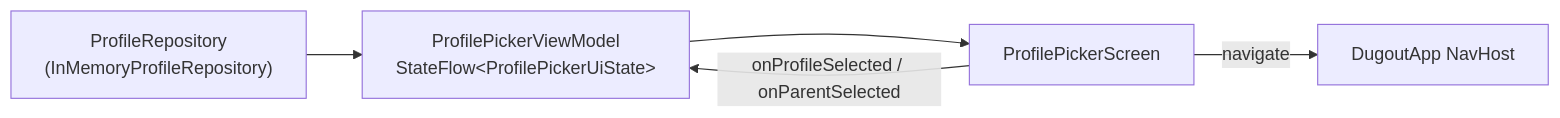
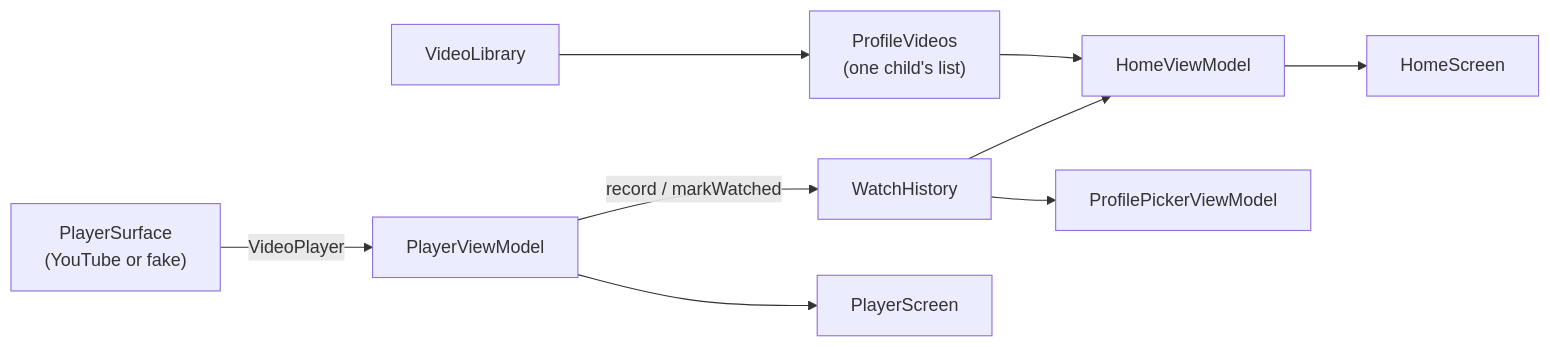
One commit to akeffalas/tv-dugout changed the diagram in docs/architecture/app-structure.md. Above: the diagram before and after it, drawn with Mermaid. The commit also changed other lines of this file and 3 other files, not shown here.

Commit message:
docs: record the YouTube player decision and describe the new screens

````diff
--- a/docs/architecture/app-structure.md
+++ b/docs/architecture/app-structure.md
@@ -28,7 +35,11 @@
 ```mermaid
 flowchart LR
-    REPO["ProfileRepository<br>(InMemoryProfileRepository)"] --> VM["ProfilePickerViewModel<br>StateFlow&lt;ProfilePickerUiState&gt;"]
-    VM --> SCREEN["ProfilePickerScreen"]
-    SCREEN -- "onProfileSelected / onParentSelected" --> VM
-    SCREEN -- "navigate" --> NAV["DugoutApp NavHost"]
+    LIB["VideoLibrary"] --> PV["ProfileVideos<br>(one child's list)"]
+    PV --> HVM["HomeViewModel"]
+    HIST["WatchHistory"] --> HVM
+    HIST --> PICK["ProfilePickerViewModel"]
+    HVM --> HOME["HomeScreen"]
+    PVM["PlayerViewModel"] -- "record / markWatched" --> HIST
+    SURF["PlayerSurface<br>(YouTube or fake)"] -- "VideoPlayer" --> PVM
+    PVM --> PLAYER["PlayerScreen"]
 ```
````
